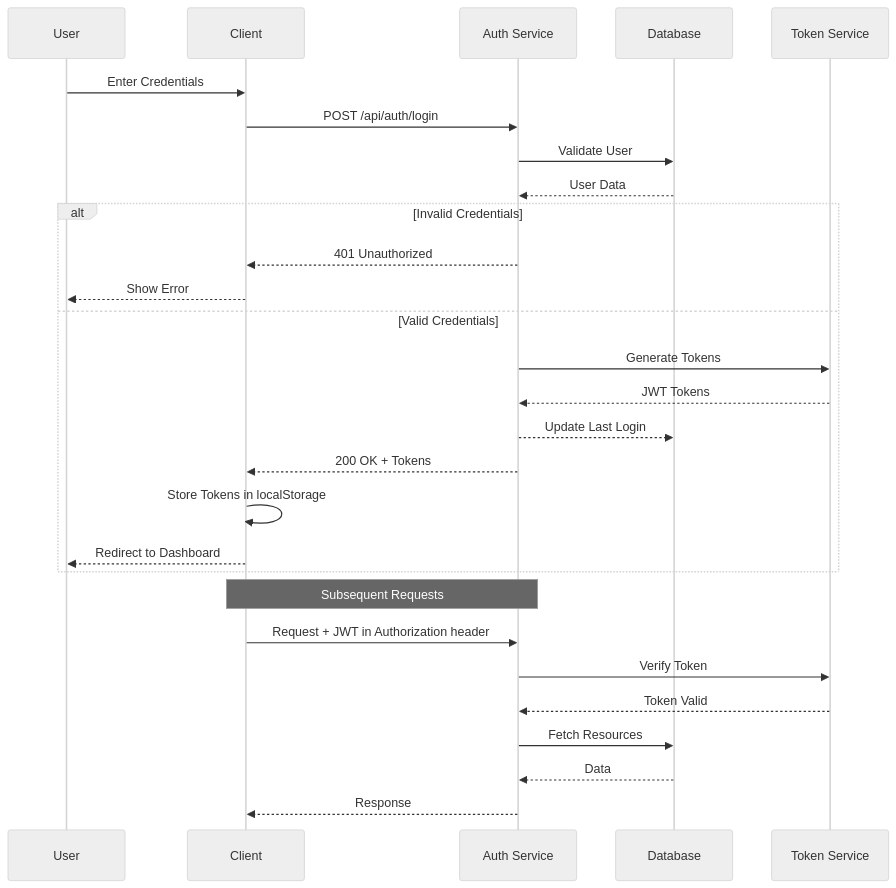
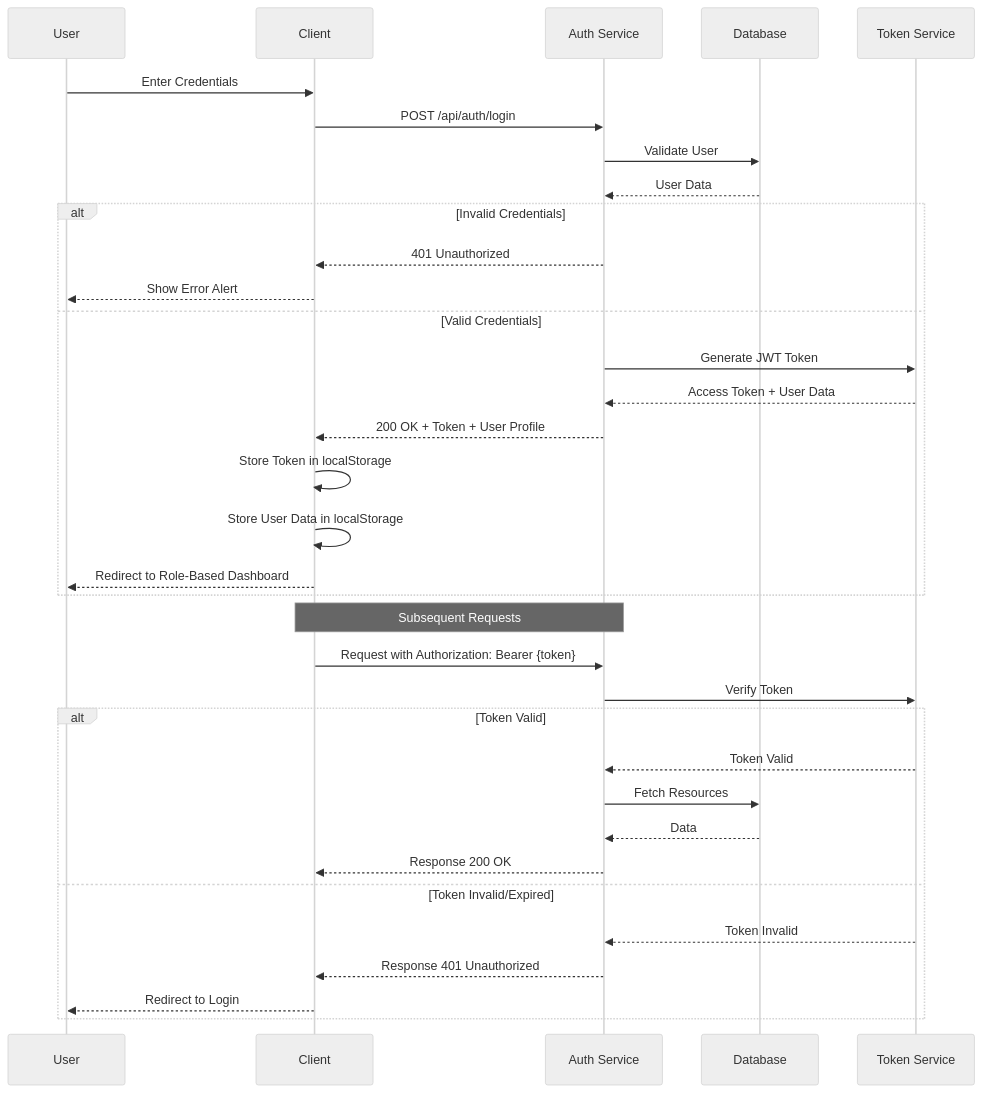
One commit to Austinkuria/attendance-system changed the third of 10 diagrams in documentation.md. Above: the diagram before and after it, drawn with Mermaid (neutral theme). The commit also changed other lines of this file, not shown here.

Commit message:
docs: update documentation for Smart Attendance System; improve user guides and setup instructions

````diff
--- a/documentation.md
+++ b/documentation.md
@@ -485,33 +214,40 @@
 ```mermaid
 sequenceDiagram
     participant U as User
     participant C as Client
     participant A as Auth Service
     participant D as Database
     participant T as Token Service
     
     U->>C: Enter Credentials
     C->>A: POST /api/auth/login
     A->>D: Validate User
     D-->>A: User Data
     
     alt Invalid Credentials
         A-->>C: 401 Unauthorized
-        C-->>U: Show Error
+        C-->>U: Show Error Alert
     else Valid Credentials
-        A->>T: Generate Tokens
-        T-->>A: JWT Tokens
-        A-->>D: Update Last Login
-        A-->>C: 200 OK + Tokens
-        C->>C: Store Tokens in localStorage
-        C-->>U: Redirect to Dashboard
+        A->>T: Generate JWT Token
+        T-->>A: Access Token + User Data
+        A-->>C: 200 OK + Token + User Profile
+        C->>C: Store Token in localStorage
+        C->>C: Store User Data in localStorage
+        C-->>U: Redirect to Role-Based Dashboard
     end
     
     Note over C,A: Subsequent Requests
-    C->>A: Request + JWT in Authorization header
+    C->>A: Request with Authorization: Bearer {token}
     A->>T: Verify Token
-    T-->>A: Token Valid
-    A->>D: Fetch Resources
-    D-->>A: Data
-    A-->>C: Response
+    
+    alt Token Valid
+        T-->>A: Token Valid
+        A->>D: Fetch Resources
+        D-->>A: Data
+        A-->>C: Response 200 OK
+    else Token Invalid/Expired
+        T-->>A: Token Invalid
+        A-->>C: Response 401 Unauthorized
+        C-->>U: Redirect to Login
+    end
 ```
````
